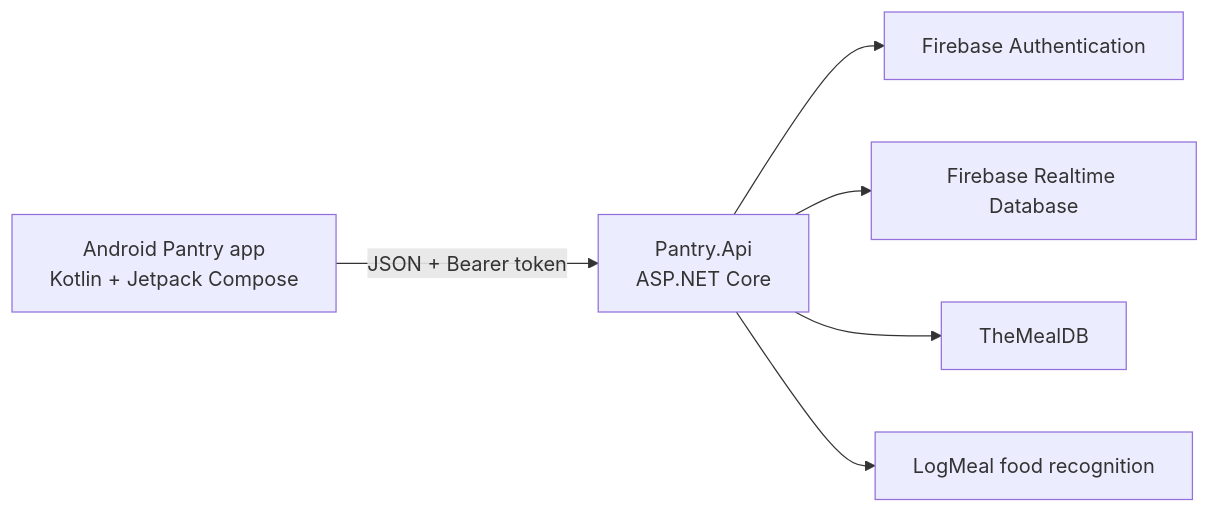
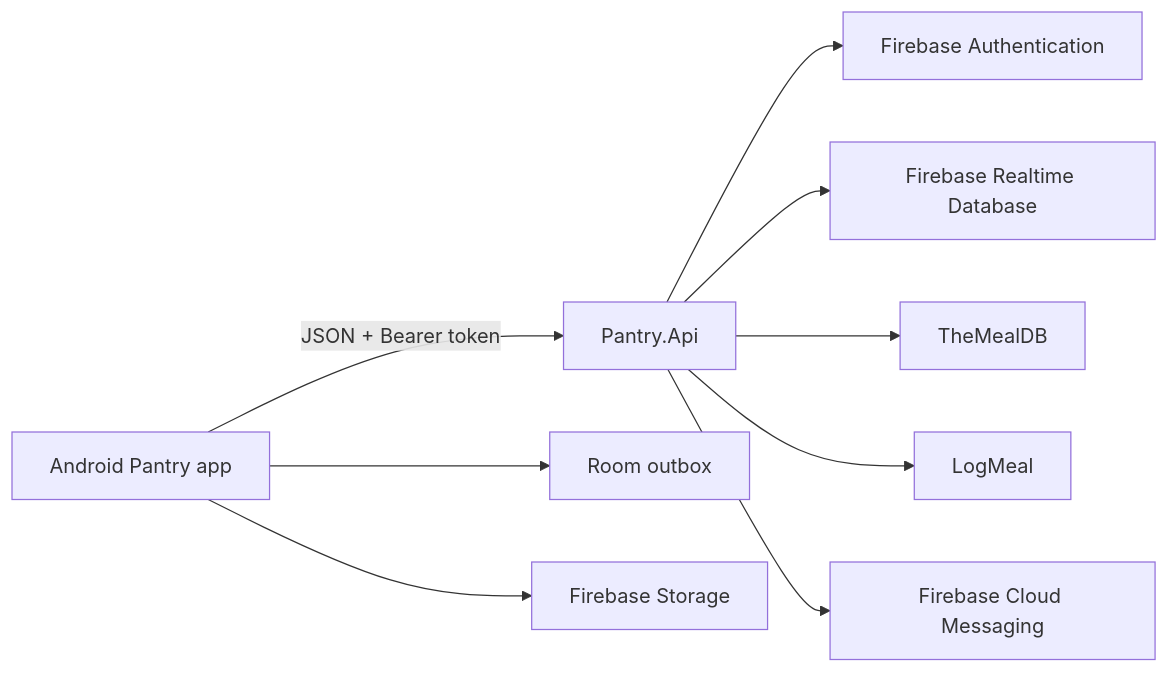
The diagram in README.md (blessing-unlimited/Pantry-API), drawn with Mermaid before and after one commit. The commit also changed other lines of this file and 57 other files, not shown here.

````diff
--- a/README.md
+++ b/README.md
@@ -93,8 +24,11 @@
 ```mermaid
 flowchart LR
-  AndroidApp["Android Pantry app<br/>Kotlin + Jetpack Compose"] -->|"JSON + Bearer token"| CustomApi["Pantry.Api<br/>ASP.NET Core"]
+  AndroidApp["Android Pantry app"] -->|"JSON + Bearer token"| CustomApi["Pantry.Api"]
+  AndroidApp --> RoomDb["Room outbox"]
+  AndroidApp --> Blob["Firebase Storage"]
   CustomApi --> FirebaseAuth["Firebase Authentication"]
   CustomApi --> FirebaseDb["Firebase Realtime Database"]
   CustomApi --> MealDb["TheMealDB"]
-  CustomApi --> LogMeal["LogMeal food recognition"]
+  CustomApi --> LogMeal["LogMeal"]
+  CustomApi --> Fcm["Firebase Cloud Messaging"]
 ```
````
